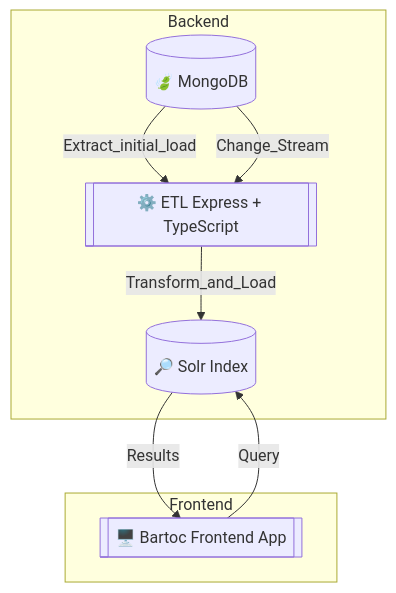
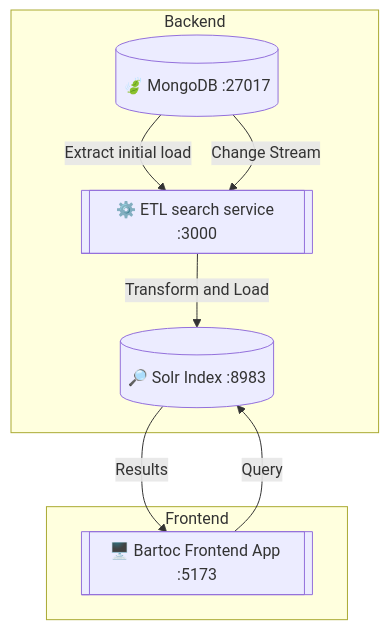
Before and after one commit to gbv/bartoc-search: the diagram in README.md, drawn with Mermaid. The commit also changed other lines of this file, not shown here.

```diff
--- a/README.md
+++ b/README.md
@@ -5,18 +7,18 @@
 ~~~mermaid
 graph TD
   subgraph Backend
-    A[(🍃 MongoDB)]
-    B[[⚙️ ETL Express + TypeScript]]
-    C[(🔎 Solr Index)]
+    A[(🍃 MongoDB :27017)]
+    B[[⚙️ ETL search service :3000]]
+    C[(🔎 Solr Index :8983)]
   end
 
   subgraph Frontend
-    D[[🖥️ Bartoc Frontend App]]
+    D[[🖥️ Bartoc Frontend App :5173]]
   end
 
-  A -->|Extract_initial_load| B
-  A -- Change_Stream --> B
-  B -->|Transform_and_Load| C
+  A -->|Extract initial load| B
+  A -- Change Stream --> B
+  B -->|Transform and Load| C
   D -->|Query| C
   C -->|Results| D
 ~~~
```
